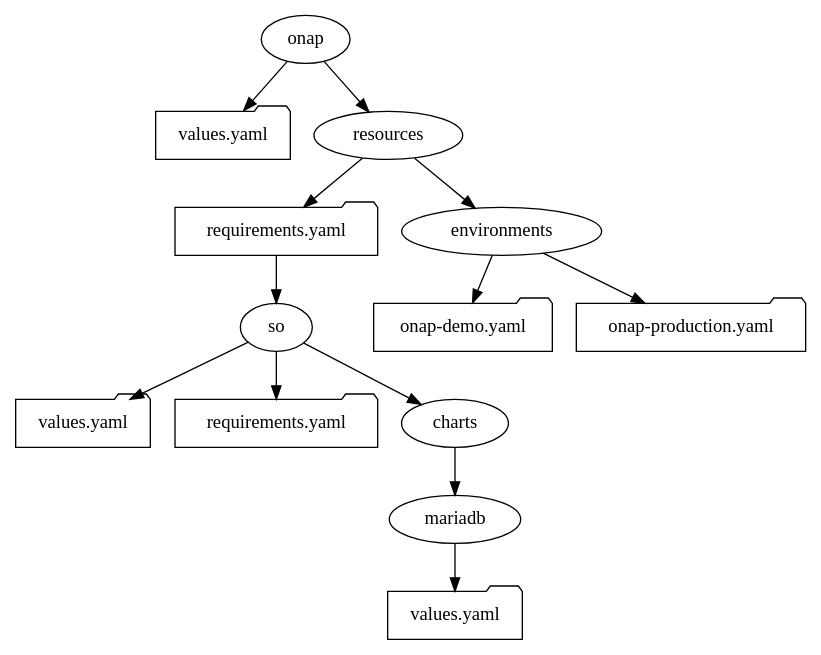
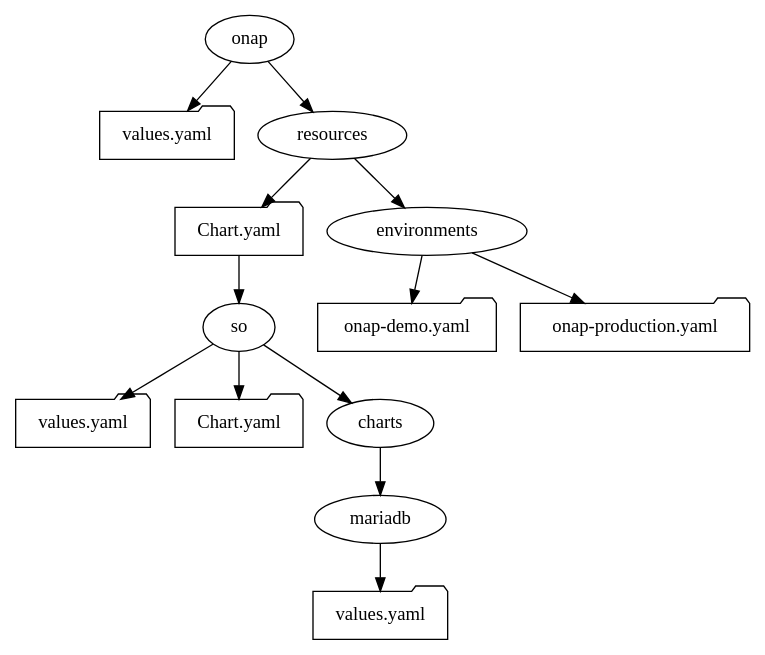
Before and after one commit to onap/oom: the diagram in docs/oom_user_guide.rst, drawn with Graphviz. The commit also changed other lines of this file and 527 other files, not shown here.

```diff
--- a/docs/oom_user_guide.rst
+++ b/docs/oom_user_guide.rst
@@ -239,30 +239,30 @@
 .. graphviz::
 
    digraph config {
       {
          node     [shape=folder]
          oValues  [label="values.yaml"]
          demo     [label="onap-demo.yaml"]
          prod     [label="onap-production.yaml"]
-         oReq     [label="requirements.yaml"]
+         oReq     [label="Chart.yaml"]
          soValues [label="values.yaml"]
-         soReq    [label="requirements.yaml"]
+         soReq    [label="Chart.yaml"]
          mdValues [label="values.yaml"]
       }
       {
          oResources  [label="resources"]
       }
       onap -> oResources
       onap -> oValues
       oResources -> environments
       oResources -> oReq
       oReq -> so
       environments -> demo
       environments -> prod
       so -> soValues
       so -> soReq
       so -> charts
       charts -> mariadb
       mariadb -> mdValues
 
    }
```
